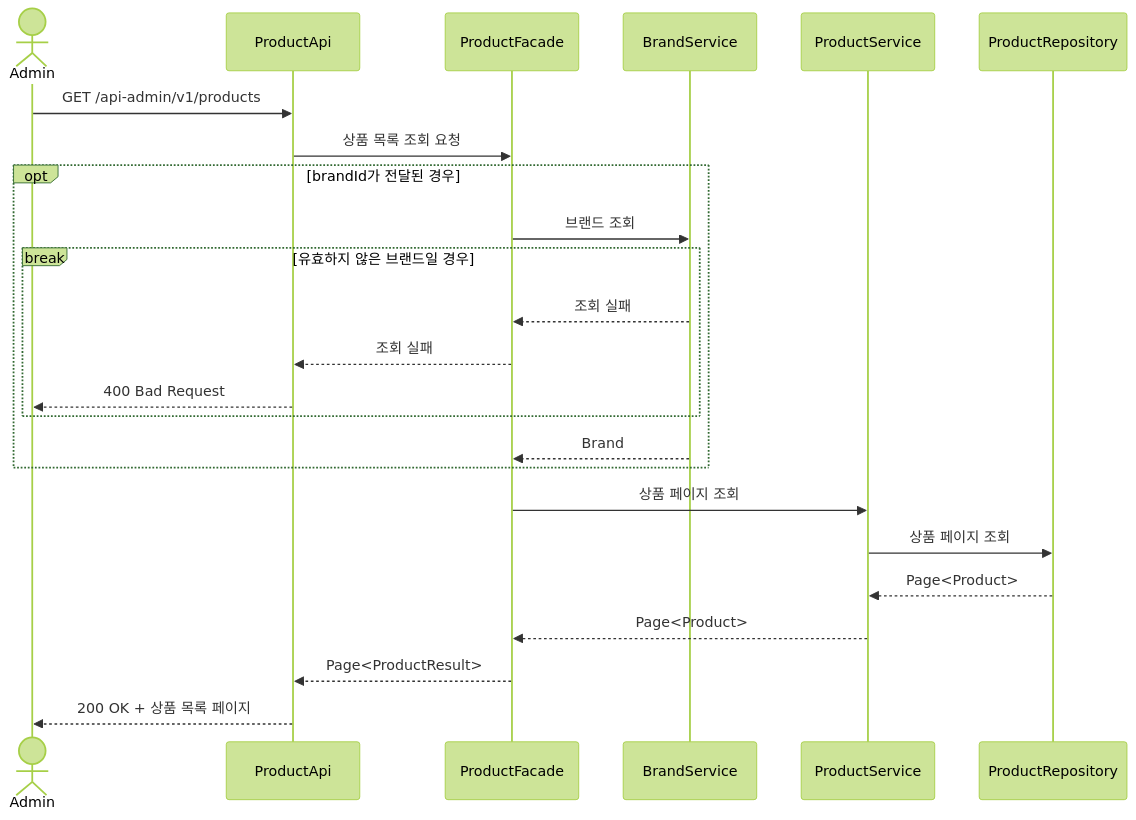
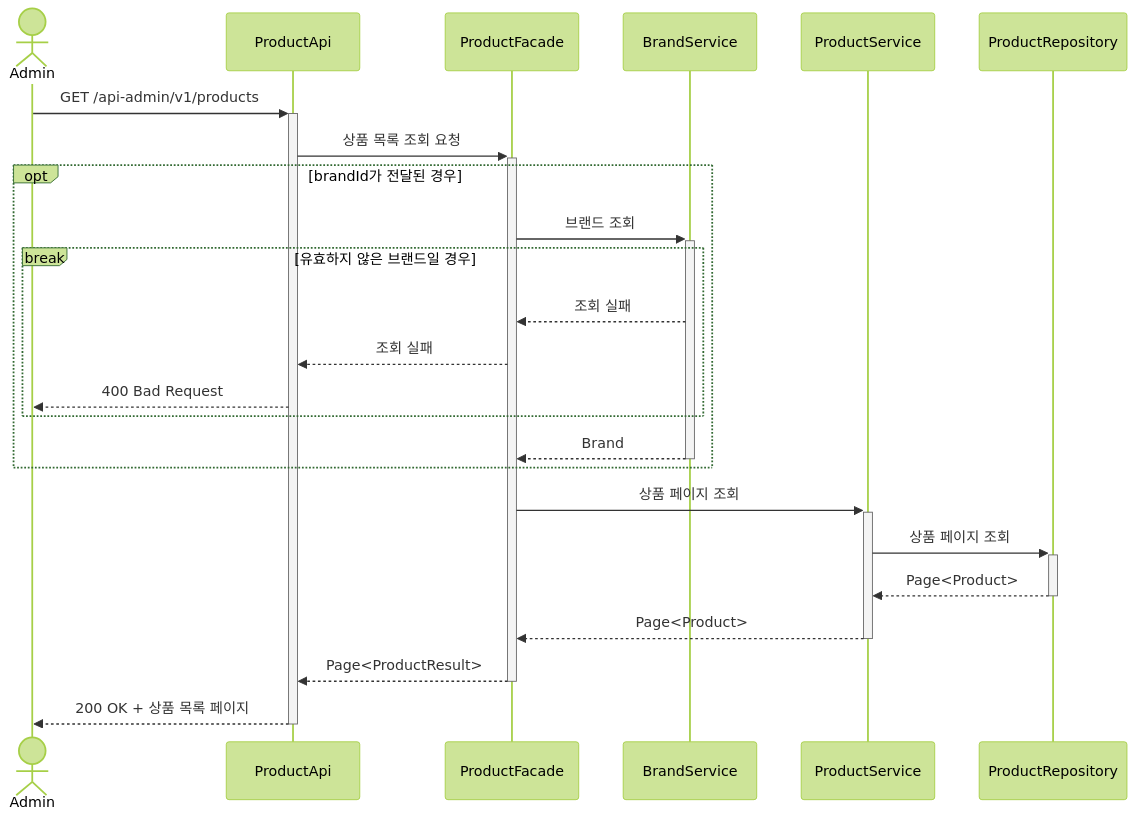
One commit to Loopers-dev-lab/loop-pack-be-l2-vol3-java changed the tenth of 23 diagrams in .docs/design/02-sequence-diagrams.md. Above: the diagram before and after it, drawn with Mermaid (forest theme). The commit also changed other lines of this file, not shown here.

Commit message:
docs: 시퀀스 다이어그램에 액티베이션바 추가

````diff
--- a/.docs/design/02-sequence-diagrams.md
+++ b/.docs/design/02-sequence-diagrams.md
@@ -356,31 +360,31 @@
 ```mermaid
 sequenceDiagram
     actor Admin
     participant ProductApi
     participant ProductFacade
     participant BrandService
     participant ProductService
     participant ProductRepository
 
-    Admin ->> ProductApi: GET /api-admin/v1/products
-    ProductApi ->> ProductFacade: 상품 목록 조회 요청
+    Admin ->>+ ProductApi: GET /api-admin/v1/products
+    ProductApi ->>+ ProductFacade: 상품 목록 조회 요청
 
     opt brandId가 전달된 경우
-        ProductFacade ->> BrandService: 브랜드 조회
+        ProductFacade ->>+ BrandService: 브랜드 조회
 
         break 유효하지 않은 브랜드일 경우
             BrandService -->> ProductFacade: 조회 실패
             ProductFacade -->> ProductApi: 조회 실패
             ProductApi -->> Admin: 400 Bad Request
         end
 
-        BrandService -->> ProductFacade: Brand
+        BrandService -->>- ProductFacade: Brand
     end
 
-    ProductFacade ->> ProductService: 상품 페이지 조회
-    ProductService ->> ProductRepository: 상품 페이지 조회
-    ProductRepository -->> ProductService: Page<Product>
-    ProductService -->> ProductFacade: Page<Product>
-    ProductFacade -->> ProductApi: Page<ProductResult>
-    ProductApi -->> Admin: 200 OK + 상품 목록 페이지
+    ProductFacade ->>+ ProductService: 상품 페이지 조회
+    ProductService ->>+ ProductRepository: 상품 페이지 조회
+    ProductRepository -->>- ProductService: Page<Product>
+    ProductService -->>- ProductFacade: Page<Product>
+    ProductFacade -->>- ProductApi: Page<ProductResult>
+    ProductApi -->>- Admin: 200 OK + 상품 목록 페이지
 ```
````
